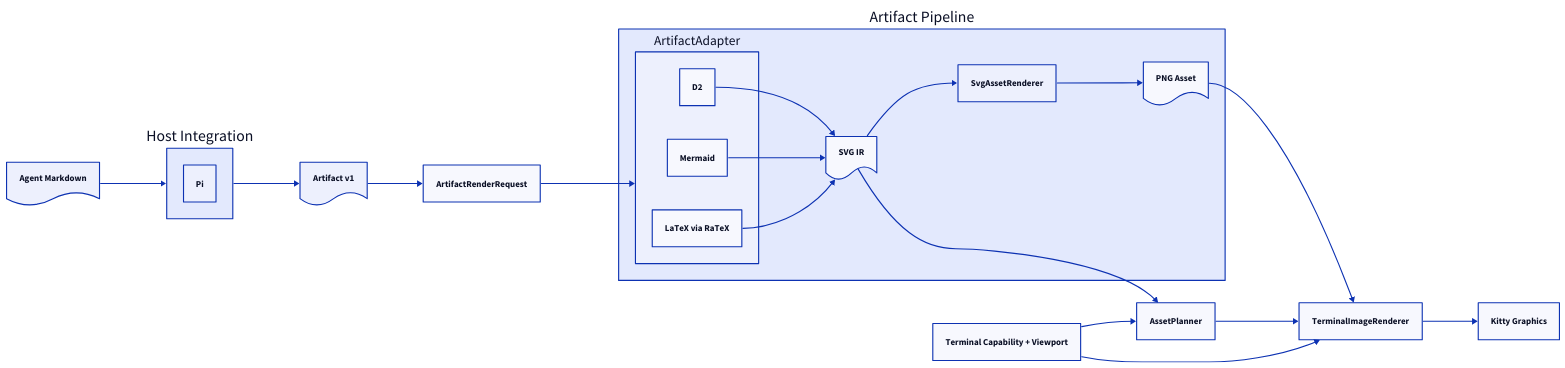
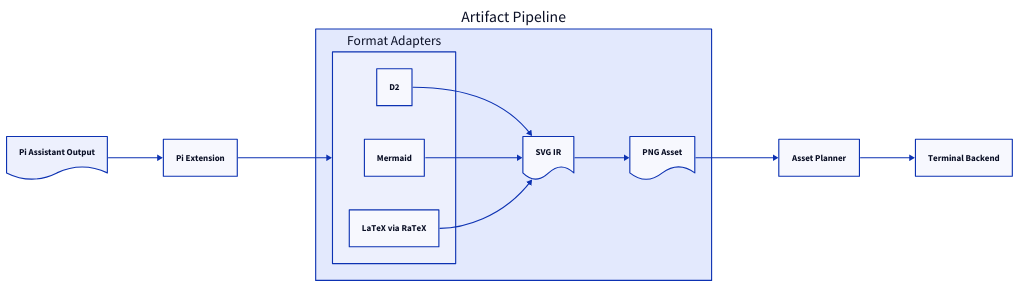
One commit to yanyaoer/pi-inline-viz changed the diagram in README.md. Above: the diagram before and after it, drawn with D2. The commit also changed other lines of this file and 38 other files, not shown here.

````diff
--- a/README.md
+++ b/README.md
@@ -14,51 +93,31 @@
 ```d2
 direction: right
 
-markdown: Agent Markdown {
+input: Pi Assistant Output {
   shape: document
 }
-host: Host Integration {
-  pi: Pi
-}
-artifact: Artifact v1 {
-  shape: document
-}
-request: ArtifactRenderRequest
+integration: Pi Extension
 pipeline: Artifact Pipeline {
   direction: down
-  adapter: ArtifactAdapter {
-    direction: down
+  adapters: Format Adapters {
     d2: D2
     mermaid: Mermaid
     latex: LaTeX via RaTeX
   }
   svg: SVG IR {
     shape: document
   }
-  asset: AssetRenderer {
-    label: SvgAssetRenderer
-  }
-  png: PNG Asset {
+  raster: PNG Asset {
     shape: document
   }
+  adapters.d2 -> svg
+  adapters.mermaid -> svg
+  adapters.latex -> svg
+  svg -> raster
+}
+planner: Asset Planner
+terminal: Terminal Backend
 
-  adapter.d2 -> svg
-  adapter.mermaid -> svg
-  adapter.latex -> svg
-  svg -> asset -> png
-}
-planner: AssetPlanner
-terminal: TerminalRenderer {
-  label: TerminalImageRenderer
-}
-environment: Terminal Capability + Viewport
-kitty: Kitty Graphics
-
-markdown -> host -> artifact -> request -> pipeline.adapter
-pipeline.svg -> planner
-environment -> planner
-planner -> terminal
-pipeline.png -> terminal
-environment -> terminal
-terminal -> kitty
+input -> integration -> pipeline.adapters
+pipeline.raster -> planner -> terminal
 ```
````
